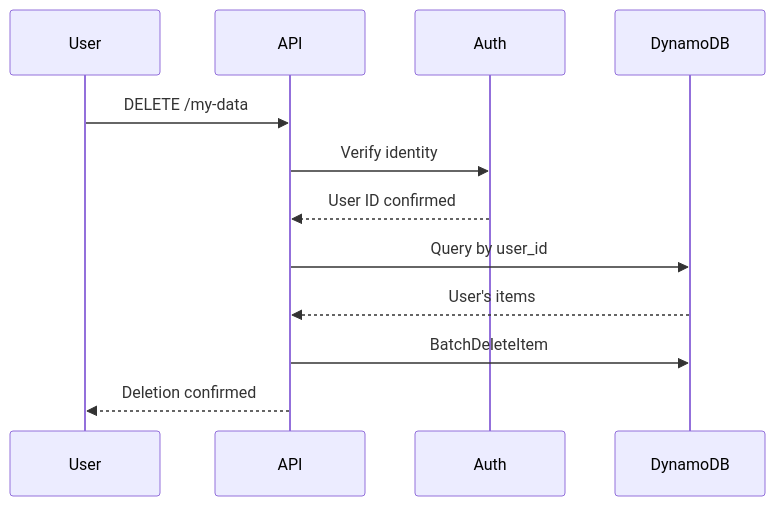
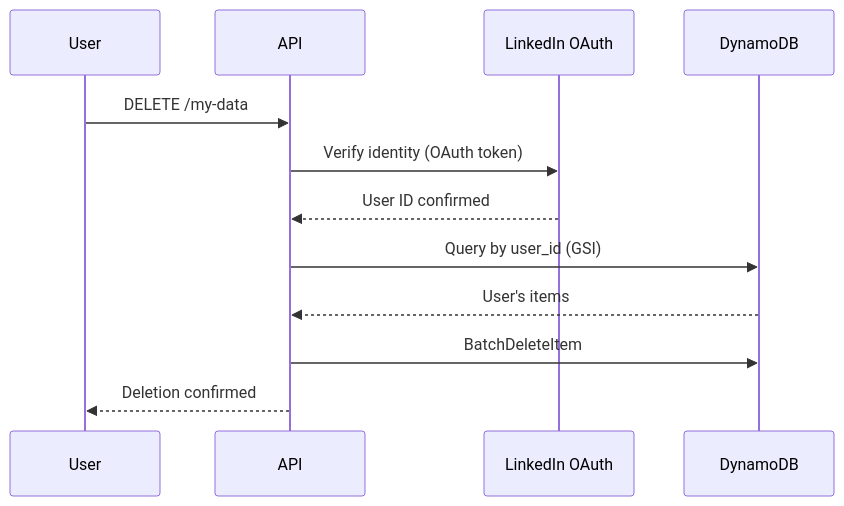
The diagram in docs/1147-gdpr-data-erasure.md (martymcenroe/Aletheia), drawn with Mermaid before and after one commit. The commit also changed other lines of this file and 2 other files, not shown here.

````diff
--- a/docs/1147-gdpr-data-erasure.md
+++ b/docs/1147-gdpr-data-erasure.md
@@ -64,15 +93,15 @@
 ```mermaid
 sequenceDiagram
     participant User
     participant API
-    participant Auth
+    participant Auth as LinkedIn OAuth
     participant DynamoDB
 
     User->>API: DELETE /my-data
-    API->>Auth: Verify identity
+    API->>Auth: Verify identity (OAuth token)
     Auth-->>API: User ID confirmed
-    API->>DynamoDB: Query by user_id
+    API->>DynamoDB: Query by user_id (GSI)
     DynamoDB-->>API: User's items
     API->>DynamoDB: BatchDeleteItem
     API-->>User: Deletion confirmed
 ```
````
